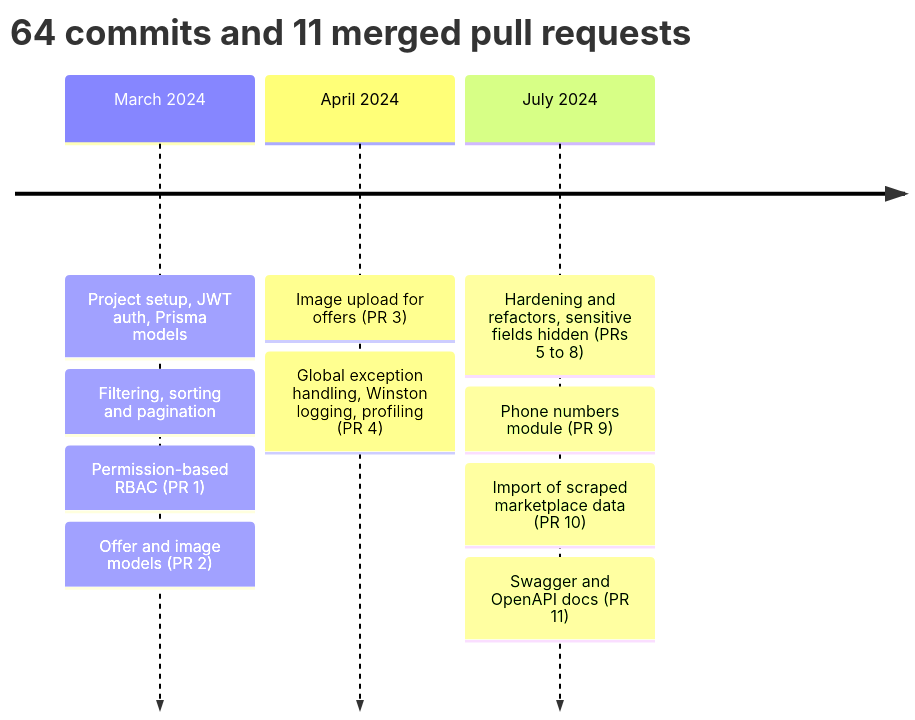
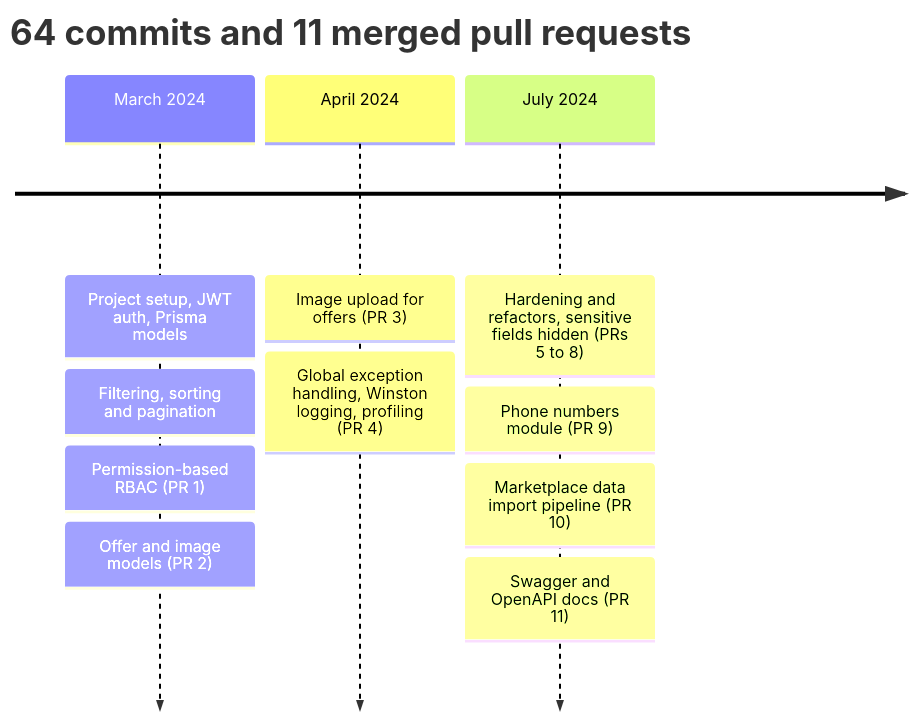
One commit to chadlimedamine/agrovendors changed the sixth of 6 diagrams in README.md. Above: the diagram before and after it, drawn with Mermaid. The commit also changed other lines of this file and 2 other files, not shown here.

First line of the commit message:
chore(seed): replace scraped dataset with synthetic mock offers

````diff
--- a/README.md
+++ b/README.md
@@ -505,14 +505,14 @@
 ```mermaid
 timeline
     title 64 commits and 11 merged pull requests
     March 2024 : Project setup, JWT auth, Prisma models
                : Filtering, sorting and pagination
                : Permission-based RBAC (PR 1)
                : Offer and image models (PR 2)
     April 2024 : Image upload for offers (PR 3)
                : Global exception handling, Winston logging, profiling (PR 4)
     July 2024  : Hardening and refactors, sensitive fields hidden (PRs 5 to 8)
                : Phone numbers module (PR 9)
-               : Import of scraped marketplace data (PR 10)
+               : Marketplace data import pipeline (PR 10)
                : Swagger and OpenAPI docs (PR 11)
 ```
````
